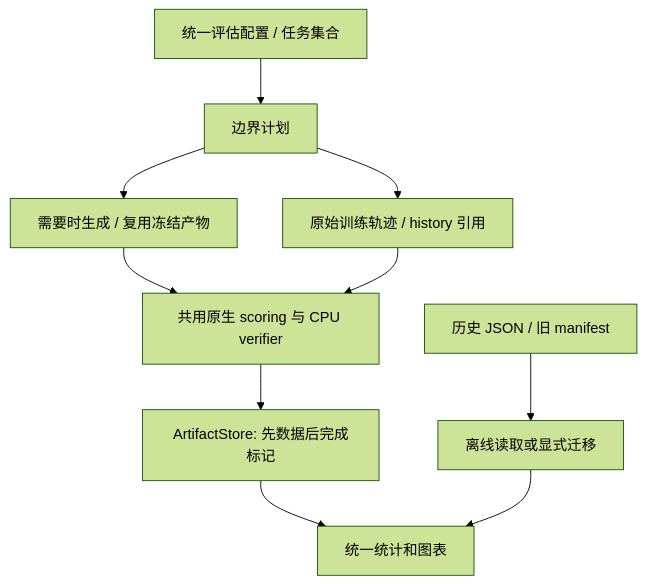
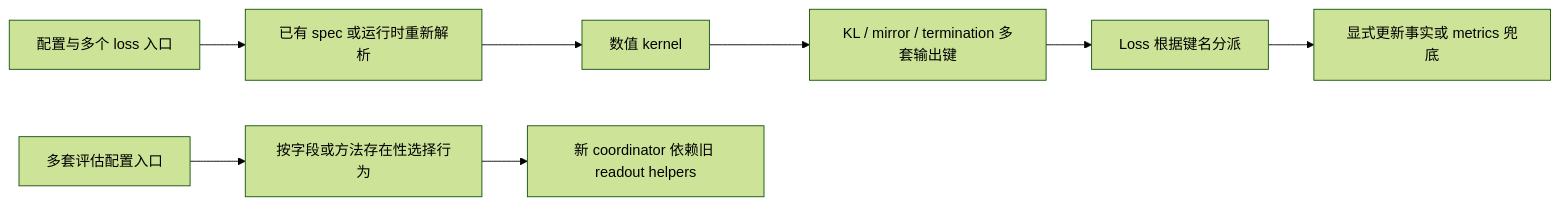
The diagram in examples/mirroropd/docs/infra/architecture/2026-11-01-运行合同审计与重构方案.md (WncFht/MirrorOPD-verl), drawn with Mermaid (forest theme) before and after one commit. The commit also changed other lines of this file and 7 other files, not shown here.

First line of the commit message:
docs(architecture): separate current contracts from migration history

````diff
--- a/examples/mirroropd/docs/infra/architecture/2026-11-01-运行合同审计与重构方案.md
+++ b/examples/mirroropd/docs/infra/architecture/2026-11-01-运行合同审计与重构方案.md
@@ -173,12 +49,10 @@
 ```mermaid
-flowchart TD
-    C["统一评估配置 / 任务集合"] --> P["边界计划"]
-    P --> G["需要时生成 / 复用冻结产物"]
-    P --> H["原始训练轨迹 / history 引用"]
-    G --> S["共用原生 scoring 与 CPU verifier"]
-    H --> S
-    S --> A["ArtifactStore: 先数据后完成标记"]
-    A --> R["统一统计和图表"]
-    X["历史 JSON / 旧 manifest"] --> Y["离线读取或显式迁移"]
-    Y --> R
+flowchart LR
+    C["配置与多个 loss 入口"] --> S["已有 spec 或运行时重新解析"]
+    S --> H["数值 kernel"]
+    H --> O["KL / mirror / termination 多套输出键"]
+    O --> L["Loss 根据键名分派"]
+    L --> U["显式更新事实或 metrics 兜底"]
+    E["多套评估配置入口"] --> A["按字段或方法存在性选择行为"]
+    A --> R["新 coordinator 依赖旧 readout helpers"]
 ```
````
